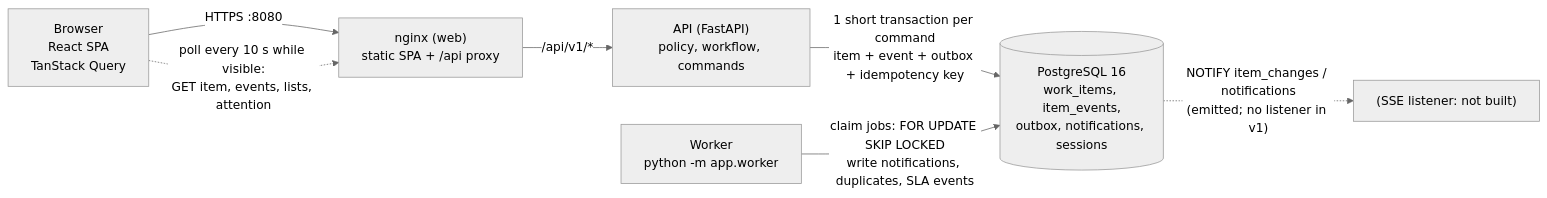
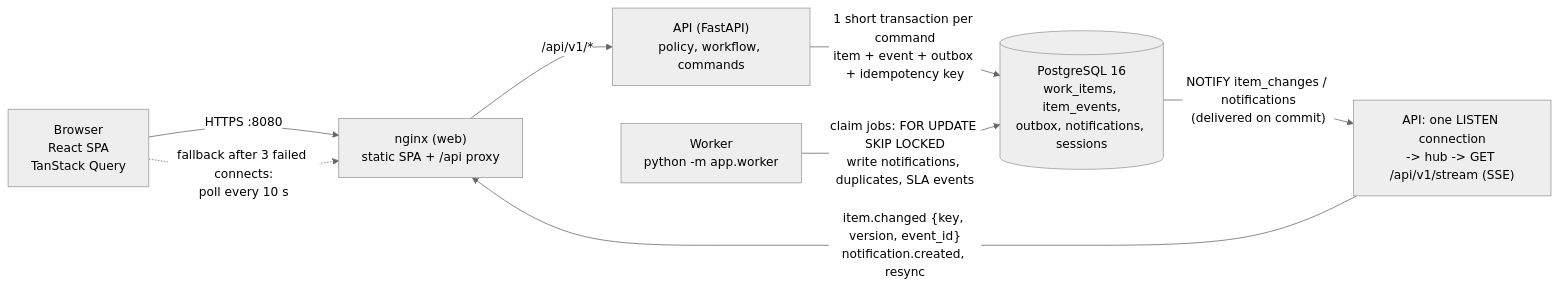
One commit to KumarPriyam123/baton changed the first of 2 diagrams in docs/ARCHITECTURE.md. Above: the diagram before and after it, drawn with Mermaid (neutral theme). The commit also changed other lines of this file and 7 other files, not shown here.

````diff
--- a/docs/ARCHITECTURE.md
+++ b/docs/ARCHITECTURE.md
@@ -6,9 +6,10 @@
 ```mermaid
 flowchart LR
     B["Browser<br/>React SPA<br/>TanStack Query"] -->|"HTTPS :8080"| N["nginx (web)<br/>static SPA + /api proxy"]
     N -->|"/api/v1/*"| A["API (FastAPI)<br/>policy, workflow, commands"]
     A -->|"1 short transaction per command<br/>item + event + outbox + idempotency key"| P[("PostgreSQL 16<br/>work_items, item_events,<br/>outbox, notifications, sessions")]
     W["Worker<br/>python -m app.worker"] -->|"claim jobs: FOR UPDATE SKIP LOCKED<br/>write notifications, duplicates, SLA events"| P
-    P -.->|"NOTIFY item_changes / notifications<br/>(emitted; no listener in v1)"| X["(SSE listener: not built)"]
-    B -.->|"poll every 10 s while visible:<br/>GET item, events, lists, attention"| N
+    P -->|"NOTIFY item_changes / notifications<br/>(delivered on commit)"| X["API: one LISTEN connection<br/>-> hub -> GET /api/v1/stream (SSE)"]
+    X -->|"item.changed {key, version, event_id}<br/>notification.created, resync"| N
+    B -.->|"fallback after 3 failed connects:<br/>poll every 10 s"| N
 ```
````
